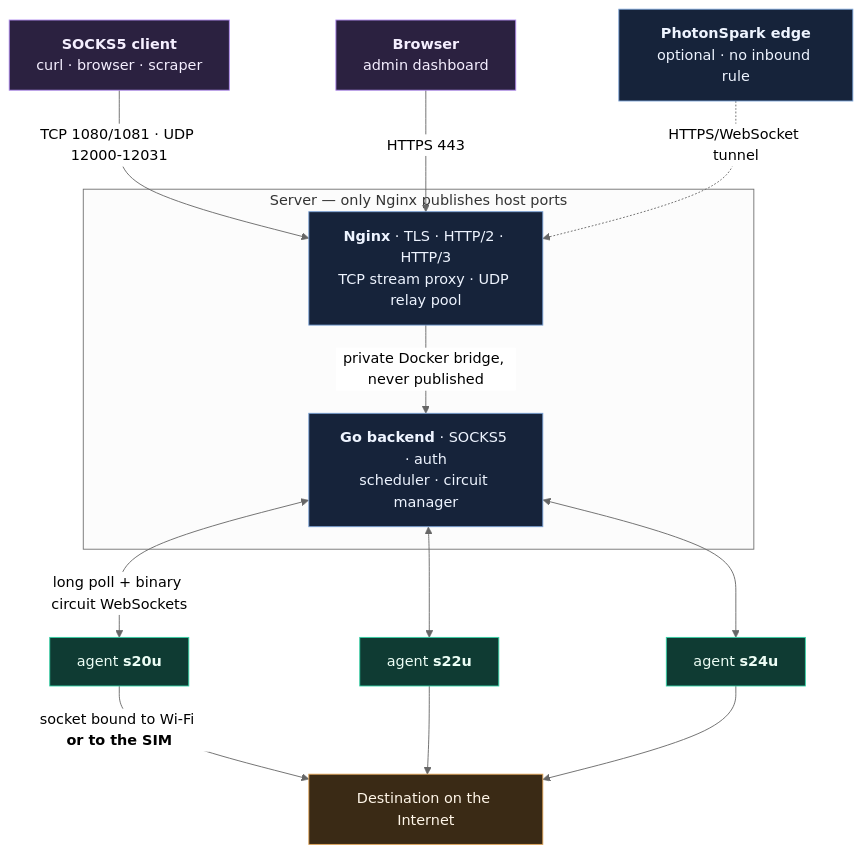
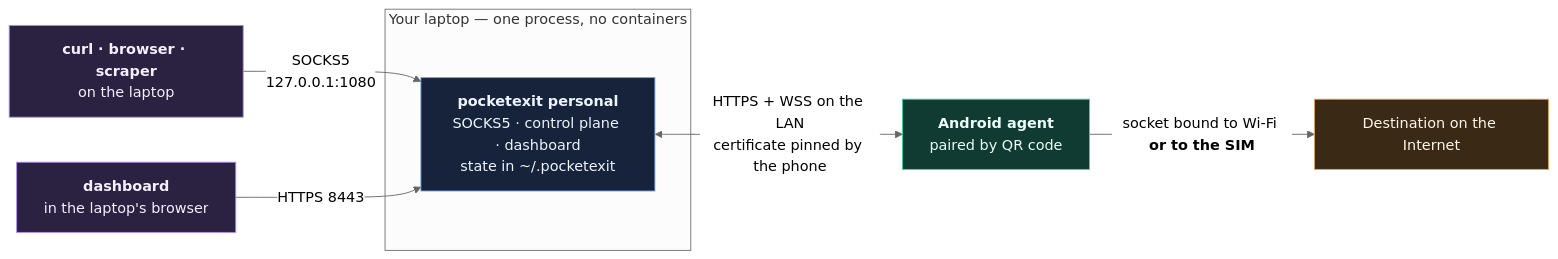
The first of 3 diagrams in README.md (CesarPetrescu/PocketExit), drawn with Mermaid (neutral theme) before and after one commit. The commit also changed other lines of this file and 3 other files, not shown here.

````diff
--- a/README.md
+++ b/README.md
@@ -104,33 +44,21 @@
 ```mermaid
-flowchart TB
-    CLI["<b>SOCKS5 client</b><br/>curl · browser · scraper"]
-    BROWSER["<b>Browser</b><br/>admin dashboard"]
-    SPARK["<b>PhotonSpark edge</b><br/>optional · no inbound rule"]
+flowchart LR
+    APP["<b>curl · browser · scraper</b><br/>on the laptop"] -->|"SOCKS5<br/>127.0.0.1:1080"| PROC
+    BROWSER["<b>dashboard</b><br/>in the laptop's browser"] -->|"HTTPS 8443"| PROC
 
-    CLI -->|"TCP 1080/1081 · UDP 12000-12031"| NGINX
-    BROWSER -->|"HTTPS 443"| NGINX
-    SPARK -.->|"HTTPS/WebSocket tunnel"| NGINX
-
-    subgraph vps["Server — only Nginx publishes host ports"]
-        NGINX["<b>Nginx</b> · TLS · HTTP/2 · HTTP/3<br/>TCP stream proxy · UDP relay pool"]
-        GO["<b>Go backend</b> · SOCKS5 · auth<br/>scheduler · circuit manager"]
-        NGINX -->|"private Docker bridge, never published"| GO
+    subgraph laptop["Your laptop — one process, no containers"]
+        PROC["<b>pocketexit personal</b><br/>SOCKS5 · control plane · dashboard<br/>state in ~/.pocketexit"]
     end
 
-    GO <-->|"long poll + binary circuit WebSockets"| P1["agent <b>s20u</b>"]
-    GO <--> P2["agent <b>s22u</b>"]
-    GO <--> P3["agent <b>s24u</b>"]
-
-    P1 -->|"socket bound to Wi-Fi <b>or to the SIM</b>"| DEST["Destination on the Internet"]
-    P2 --> DEST
-    P3 --> DEST
+    PROC <-->|"HTTPS + WSS on the LAN<br/>certificate pinned by the phone"| PHONE["<b>Android agent</b><br/>paired by QR code"]
+    PHONE -->|"socket bound to Wi-Fi <b>or to the SIM</b>"| DEST["Destination on the Internet"]
 
     classDef client fill:#2b2140,stroke:#b18cf0,color:#f5efff
     classDef server fill:#16233a,stroke:#7aa2d6,color:#eef4ff
     classDef phone fill:#0f3b33,stroke:#34d3a6,color:#ecfdf5
     classDef net fill:#3a2a15,stroke:#e0a458,color:#fff6e8
-    class CLI,BROWSER client
-    class NGINX,GO,SPARK server
-    class P1,P2,P3 phone
+    class APP,BROWSER client
+    class PROC server
+    class PHONE phone
     class DEST net
 ```
````
